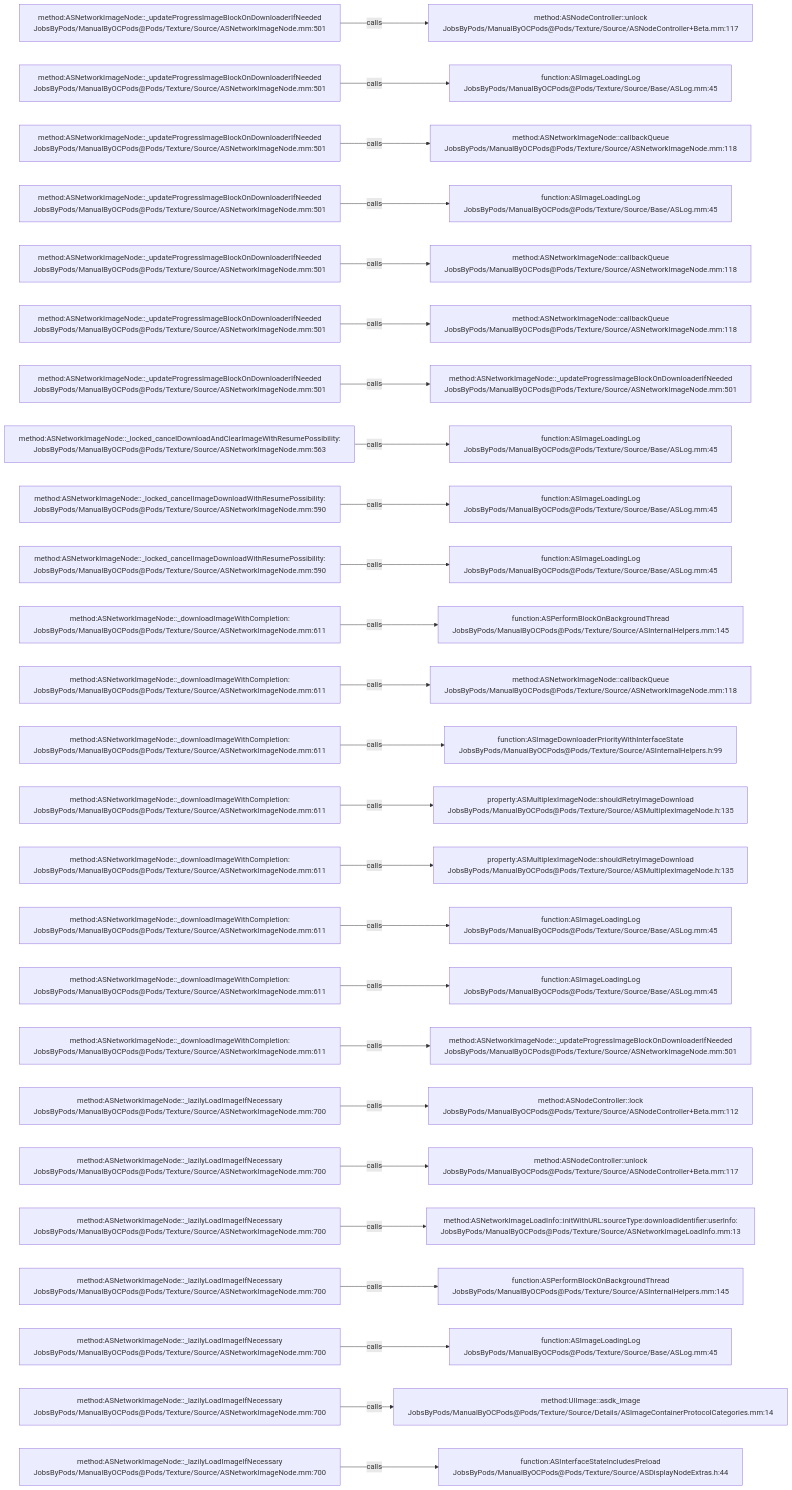
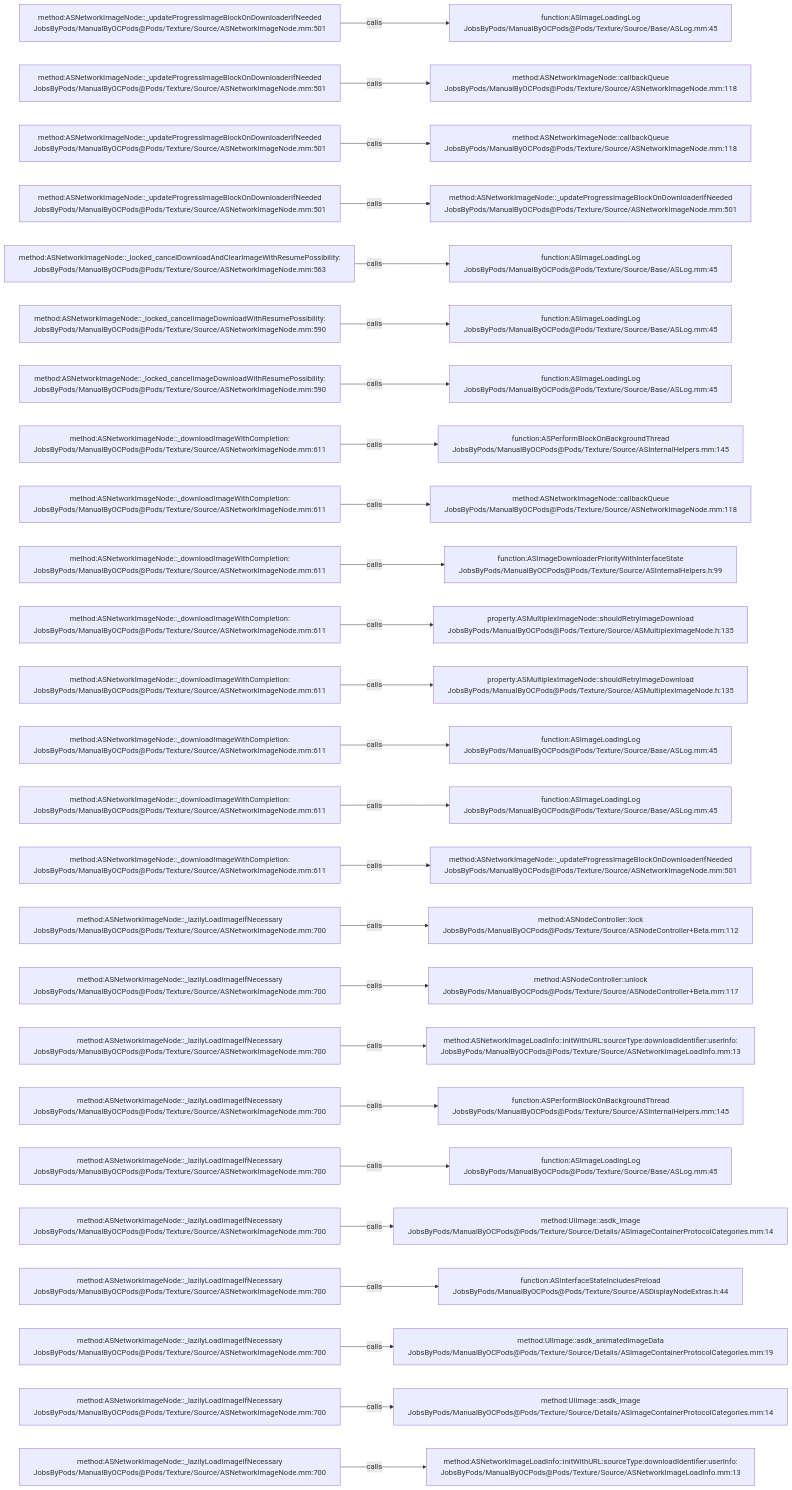
Before and after one commit to JobsKits/JobsOCBaseConfigDemo: the diagram in .codegraph/codegraph.md/graphs/calls-120.md, drawn with Mermaid. The commit also changed 342 other files, not shown here.

````diff
--- a/.codegraph/codegraph.md/graphs/calls-120.md
+++ b/.codegraph/codegraph.md/graphs/calls-120.md
@@ -13,78 +13,78 @@
 ```mermaid
 flowchart LR
   S1["method:ASNetworkImageNode::_updateProgressImageBlockOnDownloaderIfNeeded<br/>JobsByPods/ManualByOCPods@Pods/Texture/Source/ASNetworkImageNode.mm:501"]
-  T1["method:ASNodeController::unlock<br/>JobsByPods/ManualByOCPods@Pods/Texture/Source/ASNodeController+Beta.mm:117"]
+  T1["function:ASImageLoadingLog<br/>JobsByPods/ManualByOCPods@Pods/Texture/Source/Base/ASLog.mm:45"]
   S1 -->|calls| T1
   S2["method:ASNetworkImageNode::_updateProgressImageBlockOnDownloaderIfNeeded<br/>JobsByPods/ManualByOCPods@Pods/Texture/Source/ASNetworkImageNode.mm:501"]
-  T2["function:ASImageLoadingLog<br/>JobsByPods/ManualByOCPods@Pods/Texture/Source/Base/ASLog.mm:45"]
+  T2["method:ASNetworkImageNode::callbackQueue<br/>JobsByPods/ManualByOCPods@Pods/Texture/Source/ASNetworkImageNode.mm:118"]
   S2 -->|calls| T2
   S3["method:ASNetworkImageNode::_updateProgressImageBlockOnDownloaderIfNeeded<br/>JobsByPods/ManualByOCPods@Pods/Texture/Source/ASNetworkImageNode.mm:501"]
   T3["method:ASNetworkImageNode::callbackQueue<br/>JobsByPods/ManualByOCPods@Pods/Texture/Source/ASNetworkImageNode.mm:118"]
   S3 -->|calls| T3
   S4["method:ASNetworkImageNode::_updateProgressImageBlockOnDownloaderIfNeeded<br/>JobsByPods/ManualByOCPods@Pods/Texture/Source/ASNetworkImageNode.mm:501"]
-  T4["function:ASImageLoadingLog<br/>JobsByPods/ManualByOCPods@Pods/Texture/Source/Base/ASLog.mm:45"]
+  T4["method:ASNetworkImageNode::_updateProgressImageBlockOnDownloaderIfNeeded<br/>JobsByPods/ManualByOCPods@Pods/Texture/Source/ASNetworkImageNode.mm:501"]
   S4 -->|calls| T4
-  S5["method:ASNetworkImageNode::_updateProgressImageBlockOnDownloaderIfNeeded<br/>JobsByPods/ManualByOCPods@Pods/Texture/Source/ASNetworkImageNode.mm:501"]
-  T5["method:ASNetworkImageNode::callbackQueue<br/>JobsByPods/ManualByOCPods@Pods/Texture/Source/ASNetworkImageNode.mm:118"]
+  S5["method:ASNetworkImageNode::_locked_cancelDownloadAndClearImageWithResumePossibility:<br/>JobsByPods/ManualByOCPods@Pods/Texture/Source/ASNetworkImageNode.mm:563"]
+  T5["function:ASImageLoadingLog<br/>JobsByPods/ManualByOCPods@Pods/Texture/Source/Base/ASLog.mm:45"]
   S5 -->|calls| T5
-  S6["method:ASNetworkImageNode::_updateProgressImageBlockOnDownloaderIfNeeded<br/>JobsByPods/ManualByOCPods@Pods/Texture/Source/ASNetworkImageNode.mm:501"]
-  T6["method:ASNetworkImageNode::callbackQueue<br/>JobsByPods/ManualByOCPods@Pods/Texture/Source/ASNetworkImageNode.mm:118"]
+  S6["method:ASNetworkImageNode::_locked_cancelImageDownloadWithResumePossibility:<br/>JobsByPods/ManualByOCPods@Pods/Texture/Source/ASNetworkImageNode.mm:590"]
+  T6["function:ASImageLoadingLog<br/>JobsByPods/ManualByOCPods@Pods/Texture/Source/Base/ASLog.mm:45"]
   S6 -->|calls| T6
-  S7["method:ASNetworkImageNode::_updateProgressImageBlockOnDownloaderIfNeeded<br/>JobsByPods/ManualByOCPods@Pods/Texture/Source/ASNetworkImageNode.mm:501"]
-  T7["method:ASNetworkImageNode::_updateProgressImageBlockOnDownloaderIfNeeded<br/>JobsByPods/ManualByOCPods@Pods/Texture/Source/ASNetworkImageNode.mm:501"]
+  S7["method:ASNetworkImageNode::_locked_cancelImageDownloadWithResumePossibility:<br/>JobsByPods/ManualByOCPods@Pods/Texture/Source/ASNetworkImageNode.mm:590"]
+  T7["function:ASImageLoadingLog<br/>JobsByPods/ManualByOCPods@Pods/Texture/Source/Base/ASLog.mm:45"]
   S7 -->|calls| T7
-  S8["method:ASNetworkImageNode::_locked_cancelDownloadAndClearImageWithResumePossibility:<br/>JobsByPods/ManualByOCPods@Pods/Texture/Source/ASNetworkImageNode.mm:563"]
-  T8["function:ASImageLoadingLog<br/>JobsByPods/ManualByOCPods@Pods/Texture/Source/Base/ASLog.mm:45"]
+  S8["method:ASNetworkImageNode::_downloadImageWithCompletion:<br/>JobsByPods/ManualByOCPods@Pods/Texture/Source/ASNetworkImageNode.mm:611"]
+  T8["function:ASPerformBlockOnBackgroundThread<br/>JobsByPods/ManualByOCPods@Pods/Texture/Source/ASInternalHelpers.mm:145"]
   S8 -->|calls| T8
-  S9["method:ASNetworkImageNode::_locked_cancelImageDownloadWithResumePossibility:<br/>JobsByPods/ManualByOCPods@Pods/Texture/Source/ASNetworkImageNode.mm:590"]
-  T9["function:ASImageLoadingLog<br/>JobsByPods/ManualByOCPods@Pods/Texture/Source/Base/ASLog.mm:45"]
+  S9["method:ASNetworkImageNode::_downloadImageWithCompletion:<br/>JobsByPods/ManualByOCPods@Pods/Texture/Source/ASNetworkImageNode.mm:611"]
+  T9["method:ASNetworkImageNode::callbackQueue<br/>JobsByPods/ManualByOCPods@Pods/Texture/Source/ASNetworkImageNode.mm:118"]
   S9 -->|calls| T9
-  S10["method:ASNetworkImageNode::_locked_cancelImageDownloadWithResumePossibility:<br/>JobsByPods/ManualByOCPods@Pods/Texture/Source/ASNetworkImageNode.mm:590"]
-  T10["function:ASImageLoadingLog<br/>JobsByPods/ManualByOCPods@Pods/Texture/Source/Base/ASLog.mm:45"]
+  S10["method:ASNetworkImageNode::_downloadImageWithCompletion:<br/>JobsByPods/ManualByOCPods@Pods/Texture/Source/ASNetworkImageNode.mm:611"]
+  T10["function:ASImageDownloaderPriorityWithInterfaceState<br/>JobsByPods/ManualByOCPods@Pods/Texture/Source/ASInternalHelpers.h:99"]
   S10 -->|calls| T10
   S11["method:ASNetworkImageNode::_downloadImageWithCompletion:<br/>JobsByPods/ManualByOCPods@Pods/Texture/Source/ASNetworkImageNode.mm:611"]
-  T11["function:ASPerformBlockOnBackgroundThread<br/>JobsByPods/ManualByOCPods@Pods/Texture/Source/ASInternalHelpers.mm:145"]
+  T11["property:ASMultiplexImageNode::shouldRetryImageDownload<br/>JobsByPods/ManualByOCPods@Pods/Texture/Source/ASMultiplexImageNode.h:135"]
   S11 -->|calls| T11
   S12["method:ASNetworkImageNode::_downloadImageWithCompletion:<br/>JobsByPods/ManualByOCPods@Pods/Texture/Source/ASNetworkImageNode.mm:611"]
-  T12["method:ASNetworkImageNode::callbackQueue<br/>JobsByPods/ManualByOCPods@Pods/Texture/Source/ASNetworkImageNode.mm:118"]
+  T12["property:ASMultiplexImageNode::shouldRetryImageDownload<br/>JobsByPods/ManualByOCPods@Pods/Texture/Source/ASMultiplexImageNode.h:135"]
   S12 -->|calls| T12
   S13["method:ASNetworkImageNode::_downloadImageWithCompletion:<br/>JobsByPods/ManualByOCPods@Pods/Texture/Source/ASNetworkImageNode.mm:611"]
-  T13["function:ASImageDownloaderPriorityWithInterfaceState<br/>JobsByPods/ManualByOCPods@Pods/Texture/Source/ASInternalHelpers.h:99"]
+  T13["function:ASImageLoadingLog<br/>JobsByPods/ManualByOCPods@Pods/Texture/Source/Base/ASLog.mm:45"]
   S13 -->|calls| T13
   S14["method:ASNetworkImageNode::_downloadImageWithCompletion:<br/>JobsByPods/ManualByOCPods@Pods/Texture/Source/ASNetworkImageNode.mm:611"]
-  T14["property:ASMultiplexImageNode::shouldRetryImageDownload<br/>JobsByPods/ManualByOCPods@Pods/Texture/Source/ASMultiplexImageNode.h:135"]
+  T14["function:ASImageLoadingLog<br/>JobsByPods/ManualByOCPods@Pods/Texture/Source/Base/ASLog.mm:45"]
   S14 -->|calls| T14
   S15["method:ASNetworkImageNode::_downloadImageWithCompletion:<br/>JobsByPods/ManualByOCPods@Pods/Texture/Source/ASNetworkImageNode.mm:611"]
-  T15["property:ASMultiplexImageNode::shouldRetryImageDownload<br/>JobsByPods/ManualByOCPods@Pods/Texture/Source/ASMultiplexImageNode.h:135"]
+  T15["method:ASNetworkImageNode::_updateProgressImageBlockOnDownloaderIfNeeded<br/>JobsByPods/ManualByOCPods@Pods/Texture/Source/ASNetworkImageNode.mm:501"]
   S15 -->|calls| T15
-  S16["method:ASNetworkImageNode::_downloadImageWithCompletion:<br/>JobsByPods/ManualByOCPods@Pods/Texture/Source/ASNetworkImageNode.mm:611"]
-  T16["function:ASImageLoadingLog<br/>JobsByPods/ManualByOCPods@Pods/Texture/Source/Base/ASLog.mm:45"]
+  S16["method:ASNetworkImageNode::_lazilyLoadImageIfNecessary<br/>JobsByPods/ManualByOCPods@Pods/Texture/Source/ASNetworkImageNode.mm:700"]
+  T16["method:ASNodeController::lock<br/>JobsByPods/ManualByOCPods@Pods/Texture/Source/ASNodeController+Beta.mm:112"]
   S16 -->|calls| T16
-  S17["method:ASNetworkImageNode::_downloadImageWithCompletion:<br/>JobsByPods/ManualByOCPods@Pods/Texture/Source/ASNetworkImageNode.mm:611"]
-  T17["function:ASImageLoadingLog<br/>JobsByPods/ManualByOCPods@Pods/Texture/Source/Base/ASLog.mm:45"]
+  S17["method:ASNetworkImageNode::_lazilyLoadImageIfNecessary<br/>JobsByPods/ManualByOCPods@Pods/Texture/Source/ASNetworkImageNode.mm:700"]
+  T17["method:ASNodeController::unlock<br/>JobsByPods/ManualByOCPods@Pods/Texture/Source/ASNodeController+Beta.mm:117"]
   S17 -->|calls| T17
-  S18["method:ASNetworkImageNode::_downloadImageWithCompletion:<br/>JobsByPods/ManualByOCPods@Pods/Texture/Source/ASNetworkImageNode.mm:611"]
-  T18["method:ASNetworkImageNode::_updateProgressImageBlockOnDownloaderIfNeeded<br/>JobsByPods/ManualByOCPods@Pods/Texture/Source/ASNetworkImageNode.mm:501"]
+  S18["method:ASNetworkImageNode::_lazilyLoadImageIfNecessary<br/>JobsByPods/ManualByOCPods@Pods/Texture/Source/ASNetworkImageNode.mm:700"]
+  T18["method:ASNetworkImageLoadInfo::initWithURL:sourceType:downloadIdentifier:userInfo:<br/>JobsByPods/ManualByOCPods@Pods/Texture/Source/ASNetworkImageLoadInfo.mm:13"]
   S18 -->|calls| T18
   S19["method:ASNetworkImageNode::_lazilyLoadImageIfNecessary<br/>JobsByPods/ManualByOCPods@Pods/Texture/Source/ASNetworkImageNode.mm:700"]
-  T19["method:ASNodeController::lock<br/>JobsByPods/ManualByOCPods@Pods/Texture/Source/ASNodeController+Beta.mm:112"]
+  T19["function:ASPerformBlockOnBackgroundThread<br/>JobsByPods/ManualByOCPods@Pods/Texture/Source/ASInternalHelpers.mm:145"]
   S19 -->|calls| T19
   S20["method:ASNetworkImageNode::_lazilyLoadImageIfNecessary<br/>JobsByPods/ManualByOCPods@Pods/Texture/Source/ASNetworkImageNode.mm:700"]
-  T20["method:ASNodeController::unlock<br/>JobsByPods/ManualByOCPods@Pods/Texture/Source/ASNodeController+Beta.mm:117"]
+  T20["function:ASImageLoadingLog<br/>JobsByPods/ManualByOCPods@Pods/Texture/Source/Base/ASLog.mm:45"]
   S20 -->|calls| T20
   S21["method:ASNetworkImageNode::_lazilyLoadImageIfNecessary<br/>JobsByPods/ManualByOCPods@Pods/Texture/Source/ASNetworkImageNode.mm:700"]
-  T21["method:ASNetworkImageLoadInfo::initWithURL:sourceType:downloadIdentifier:userInfo:<br/>JobsByPods/ManualByOCPods@Pods/Texture/Source/ASNetworkImageLoadInfo.mm:13"]
+  T21["method:UIImage::asdk_image<br/>JobsByPods/ManualByOCPods@Pods/Texture/Source/Details/ASImageContainerProtocolCategories.mm:14"]
   S21 -->|calls| T21
   S22["method:ASNetworkImageNode::_lazilyLoadImageIfNecessary<br/>JobsByPods/ManualByOCPods@Pods/Texture/Source/ASNetworkImageNode.mm:700"]
-  T22["function:ASPerformBlockOnBackgroundThread<br/>JobsByPods/ManualByOCPods@Pods/Texture/Source/ASInternalHelpers.mm:145"]
+  T22["function:ASInterfaceStateIncludesPreload<br/>JobsByPods/ManualByOCPods@Pods/Texture/Source/ASDisplayNodeExtras.h:44"]
   S22 -->|calls| T22
   S23["method:ASNetworkImageNode::_lazilyLoadImageIfNecessary<br/>JobsByPods/ManualByOCPods@Pods/Texture/Source/ASNetworkImageNode.mm:700"]
-  T23["function:ASImageLoadingLog<br/>JobsByPods/ManualByOCPods@Pods/Texture/Source/Base/ASLog.mm:45"]
+  T23["method:UIImage::asdk_animatedImageData<br/>JobsByPods/ManualByOCPods@Pods/Texture/Source/Details/ASImageContainerProtocolCategories.mm:19"]
   S23 -->|calls| T23
   S24["method:ASNetworkImageNode::_lazilyLoadImageIfNecessary<br/>JobsByPods/ManualByOCPods@Pods/Texture/Source/ASNetworkImageNode.mm:700"]
   T24["method:UIImage::asdk_image<br/>JobsByPods/ManualByOCPods@Pods/Texture/Source/Details/ASImageContainerProtocolCategories.mm:14"]
   S24 -->|calls| T24
   S25["method:ASNetworkImageNode::_lazilyLoadImageIfNecessary<br/>JobsByPods/ManualByOCPods@Pods/Texture/Source/ASNetworkImageNode.mm:700"]
-  T25["function:ASInterfaceStateIncludesPreload<br/>JobsByPods/ManualByOCPods@Pods/Texture/Source/ASDisplayNodeExtras.h:44"]
+  T25["method:ASNetworkImageLoadInfo::initWithURL:sourceType:downloadIdentifier:userInfo:<br/>JobsByPods/ManualByOCPods@Pods/Texture/Source/ASNetworkImageLoadInfo.mm:13"]
   S25 -->|calls| T25
 ```
````
